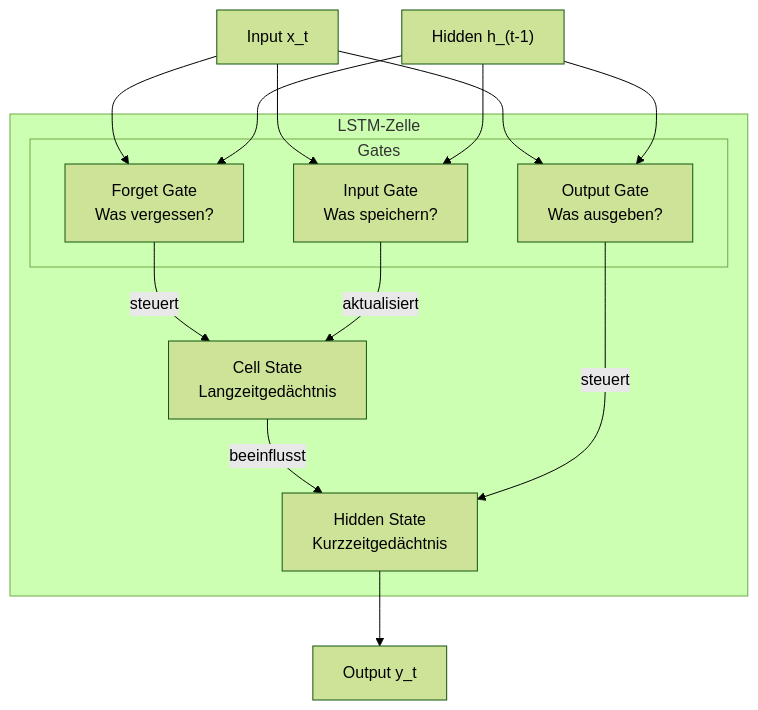
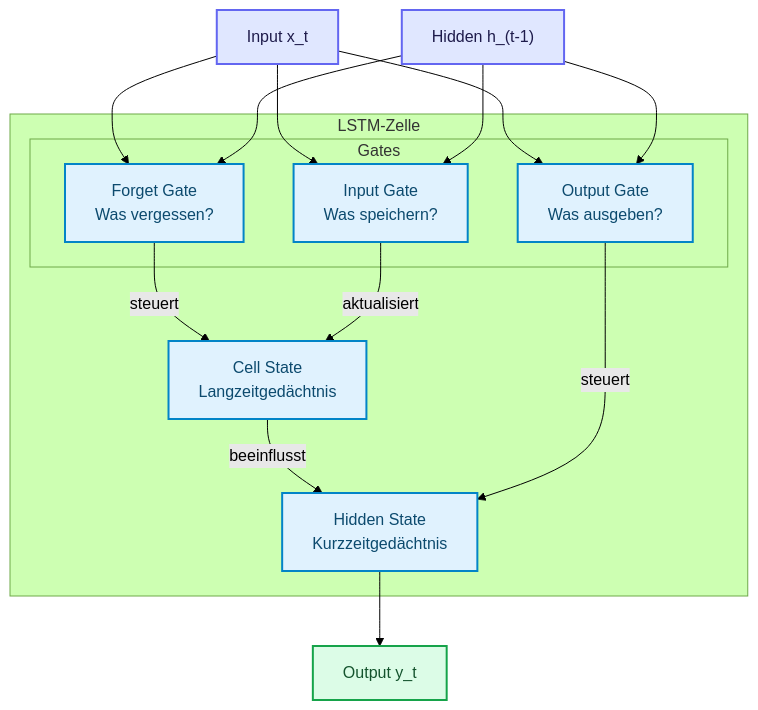
The tenth of 12 diagrams in docs/concepts/modeling/spezielle-neuronale-netze.md (ralf-42/ML_Intro), drawn with Mermaid (forest theme) before and after one commit. The commit also changed other lines of this file and 49 other files, not shown here.

````diff
--- a/docs/concepts/modeling/spezielle-neuronale-netze.md
+++ b/docs/concepts/modeling/spezielle-neuronale-netze.md
@@ -473,28 +521,35 @@
 ```mermaid
 flowchart TD
     subgraph LSTM["LSTM-Zelle"]
         subgraph Gates["Gates"]
             F["Forget Gate<br/>Was vergessen?"]
             I["Input Gate<br/>Was speichern?"]
             O["Output Gate<br/>Was ausgeben?"]
         end
         
         C["Cell State<br/>Langzeitgedächtnis"]
         H["Hidden State<br/>Kurzzeitgedächtnis"]
     end
     
     Input["Input x_t"] --> F
     Input --> I
     Input --> O
     
     PrevH["Hidden h_(t-1)"] --> F
     PrevH --> I
     PrevH --> O
     
     F --> |"steuert"| C
     I --> |"aktualisiert"| C
     C --> |"beeinflusst"| H
     O --> |"steuert"| H
     
     H --> Output["Output y_t"]
+
+    classDef default fill:#e0f2fe,stroke:#0284c7,stroke-width:2px,color:#0c4a6e;
+    classDef input fill:#e0e7ff,stroke:#6366f1,stroke-width:2px,color:#1e1b4b;
+    classDef output fill:#dcfce7,stroke:#16a34a,stroke-width:2px,color:#14532d;
+
+    class Input,PrevH input;
+    class Output output;
 ```
````
